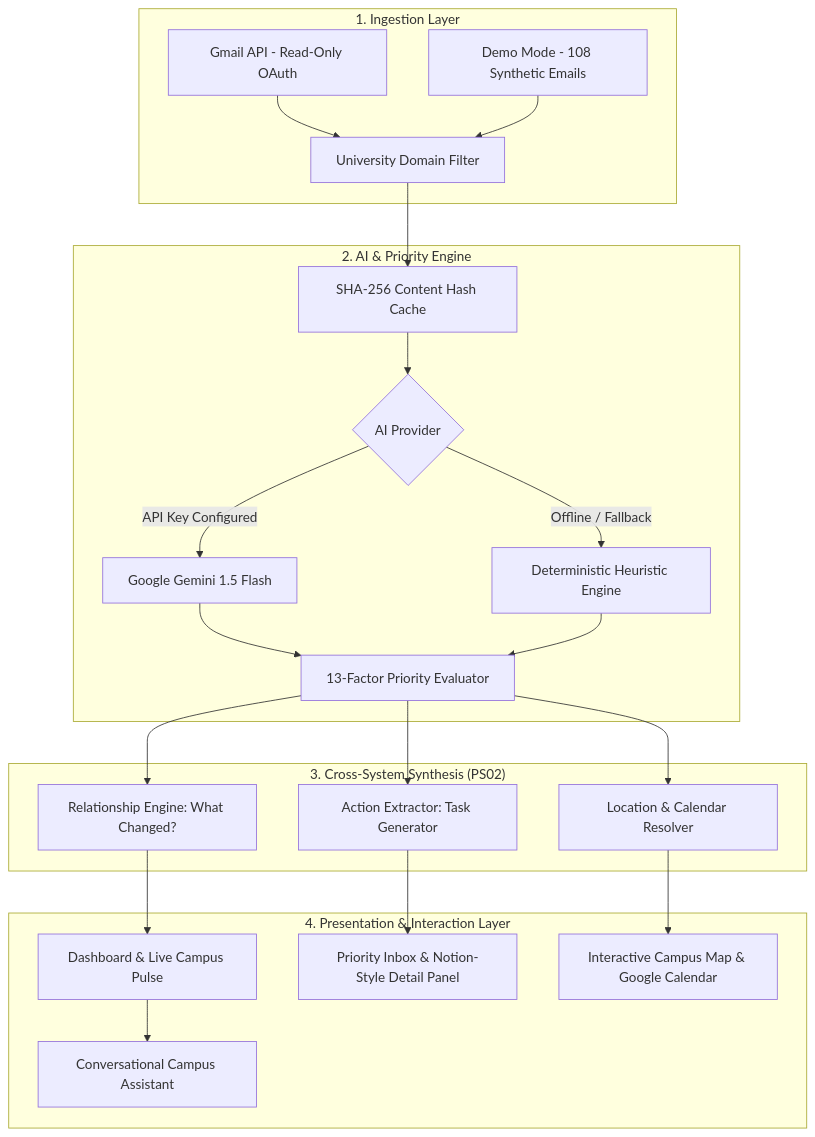
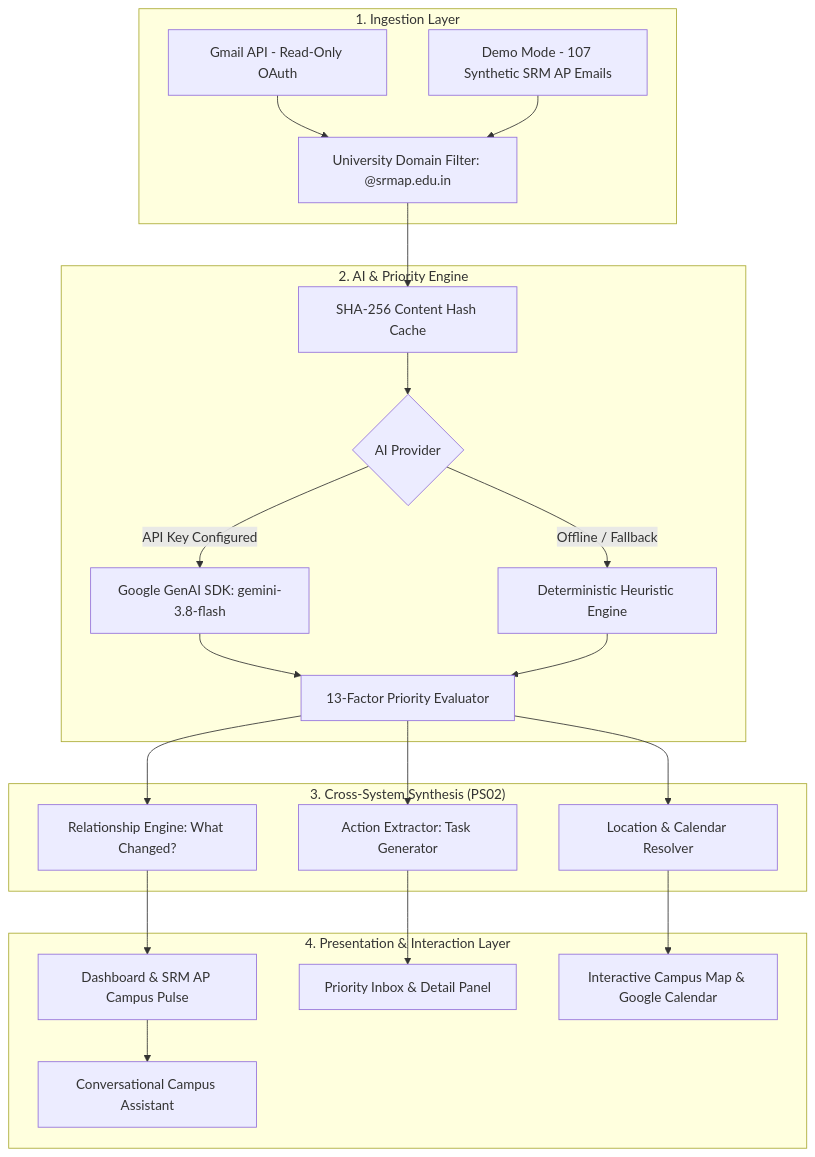
Before and after one commit to mmuthuselvam298/CampusPulse-AI: the diagram in README.md, drawn with Mermaid. The commit also changed other lines of this file and 33 other files, not shown here.

Commit message:
feat(srmap): complete CampusPulse AI SRM University-AP edition with PS02 architecture and Gemini SDK

````diff
--- a/README.md
+++ b/README.md
@@ -49,29 +53,29 @@
 ```mermaid
 graph TD
     subgraph Ingestion["1. Ingestion Layer"]
-        A[Gmail API - Read-Only OAuth] --> C[University Domain Filter]
-        B[Demo Mode - 108 Synthetic Emails] --> C
+        A[Gmail API - Read-Only OAuth] --> C[University Domain Filter: @srmap.edu.in]
+        B[Demo Mode - 107 Synthetic SRM AP Emails] --> C
     end
 
     subgraph Intelligence["2. AI & Priority Engine"]
         C --> D[SHA-256 Content Hash Cache]
         D --> E{AI Provider}
-        E -->|API Key Configured| F[Google Gemini 1.5 Flash]
+        E -->|API Key Configured| F[Google GenAI SDK: gemini-3.8-flash]
         E -->|Offline / Fallback| G[Deterministic Heuristic Engine]
         F --> H[13-Factor Priority Evaluator]
         G --> H
     end
 
     subgraph Synthesis["3. Cross-System Synthesis (PS02)"]
         H --> I[Relationship Engine: What Changed?]
         H --> J[Action Extractor: Task Generator]
         H --> K[Location & Calendar Resolver]
     end
 
     subgraph Experience["4. Presentation & Interaction Layer"]
-        I --> L[Dashboard & Live Campus Pulse]
-        J --> M[Priority Inbox & Notion-Style Detail Panel]
+        I --> L[Dashboard & SRM AP Campus Pulse]
+        J --> M[Priority Inbox & Detail Panel]
         K --> N[Interactive Campus Map & Google Calendar]
         L --> O[Conversational Campus Assistant]
     end
 ```
````
